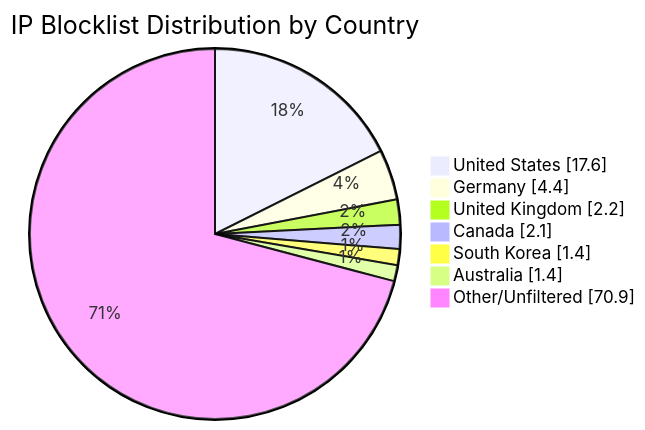
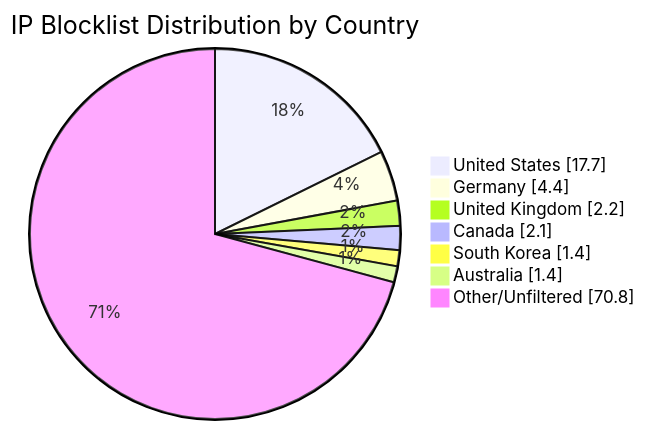
The diagram in README.md (MarcusHoltz/ipblocklist-geofiltered-aggregator), drawn with Mermaid before and after one commit. The commit also changed other lines of this file and 9 other files, not shown here.

````diff
--- a/README.md
+++ b/README.md
@@ -34,10 +34,10 @@
 ```mermaid
 pie showData title IP Blocklist Distribution by Country
-"United States" : 17.6
+"United States" : 17.7
 "Germany" : 4.4
 "United Kingdom" : 2.2
 "Canada" : 2.1
 "South Korea" : 1.4
 "Australia" : 1.4
-"Other/Unfiltered" : 70.9
+"Other/Unfiltered" : 70.8
 ```
````
